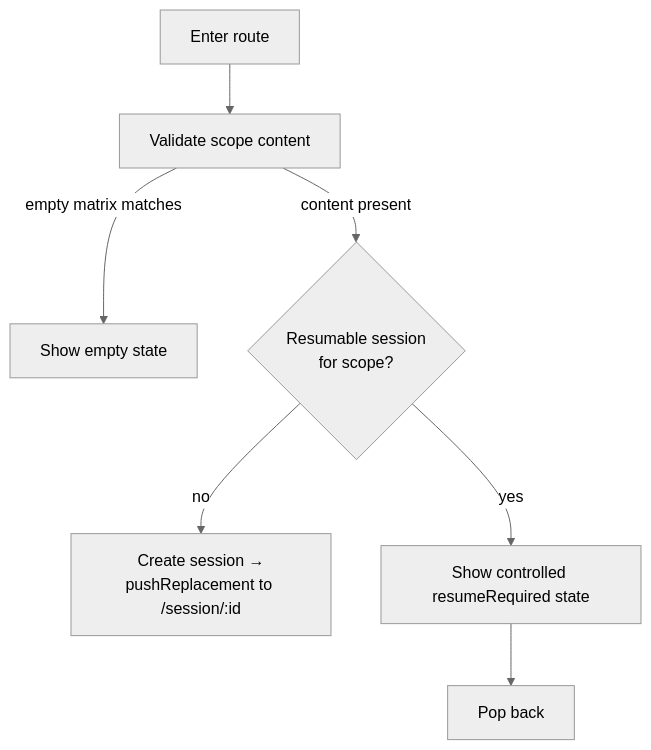
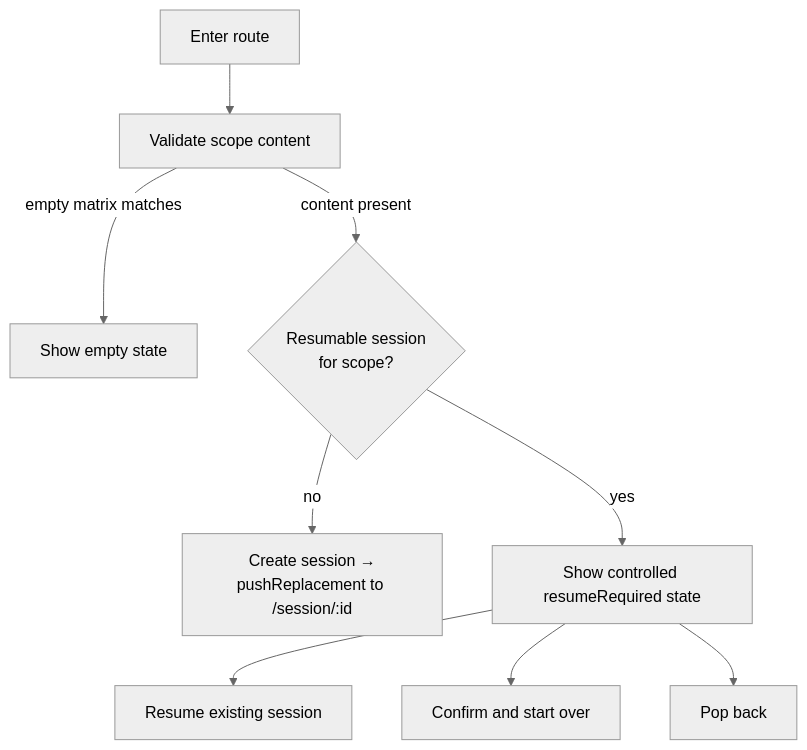
Before and after one commit to ntgptit/memox-v3: the diagram in docs/wireframes/12-study-entry-gate.md, drawn with Mermaid (neutral theme). The commit also changed other lines of this file and 14 other files, not shown here.

Commit message:
feat(study): add resume start-over choice v1

````diff
--- a/docs/wireframes/12-study-entry-gate.md
+++ b/docs/wireframes/12-study-entry-gate.md
@@ -33,9 +32,11 @@
 ```mermaid
 flowchart TD
     Open[Enter route] --> Validate[Validate scope content]
     Validate -->|empty matrix matches| Empty[Show empty state]
     Validate -->|content present| Check{Resumable session<br/>for scope?}
     Check -->|no| Create[Create session →<br/>pushReplacement to /session/:id]
     Check -->|yes| ResumeReq[Show controlled resumeRequired state]
+    ResumeReq --> Resume[Resume existing session]
+    ResumeReq --> StartOver[Confirm and start over]
     ResumeReq --> Back[Pop back]
 ```
````
